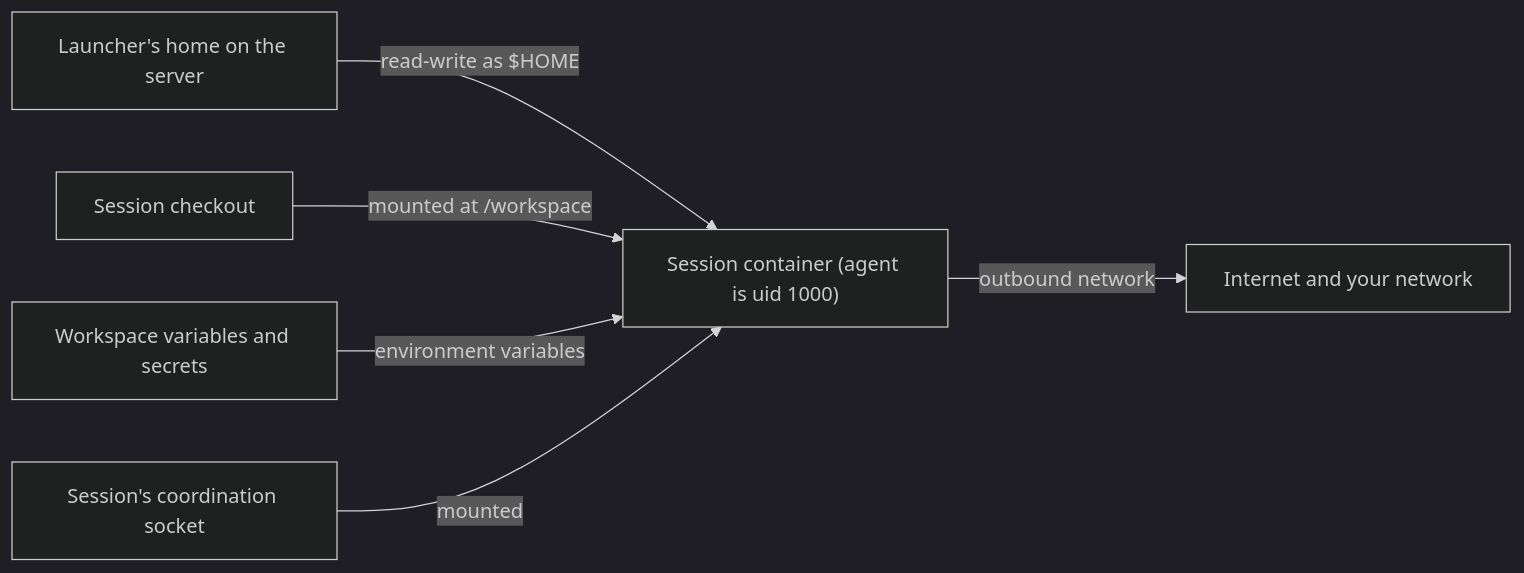
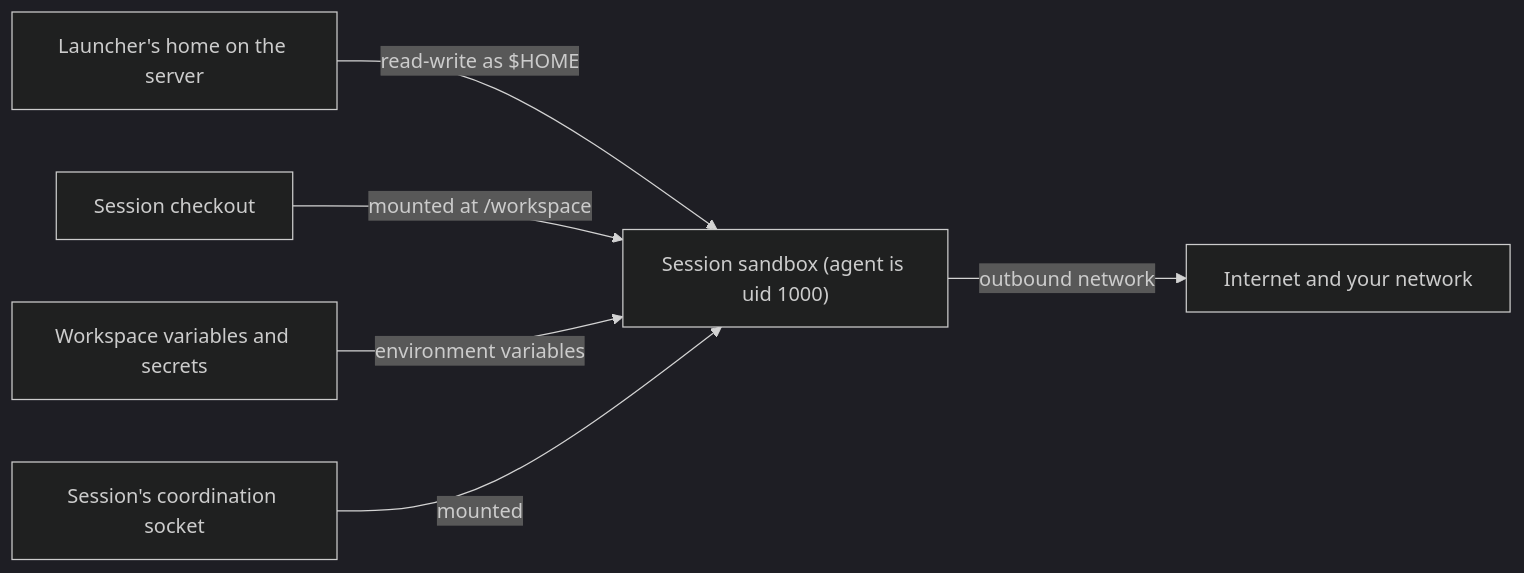
The diagram in docs/security.md (3xDevOps/aether), drawn with Mermaid (dark theme) before and after one commit. The commit also changed other lines of this file and 92 other files, not shown here.

First line of the commit message:
fix: say sandbox where a session may run in a container or a VM

````diff
--- a/docs/security.md
+++ b/docs/security.md
@@ -78,8 +87,8 @@
 ```mermaid
 flowchart LR
-  home["Launcher's home on the server"] -- "read-write as $HOME" --> run["Session container (agent is uid 1000)"]
+  home["Launcher's home on the server"] -- "read-write as $HOME" --> run["Session sandbox (agent is uid 1000)"]
   checkout["Session checkout"] -- "mounted at /workspace" --> run
   secrets["Workspace variables and secrets"] -- "environment variables" --> run
   coord["Session's coordination socket"] -- "mounted" --> run
   run -- "outbound network" --> net["Internet and your network"]
 ```
````
